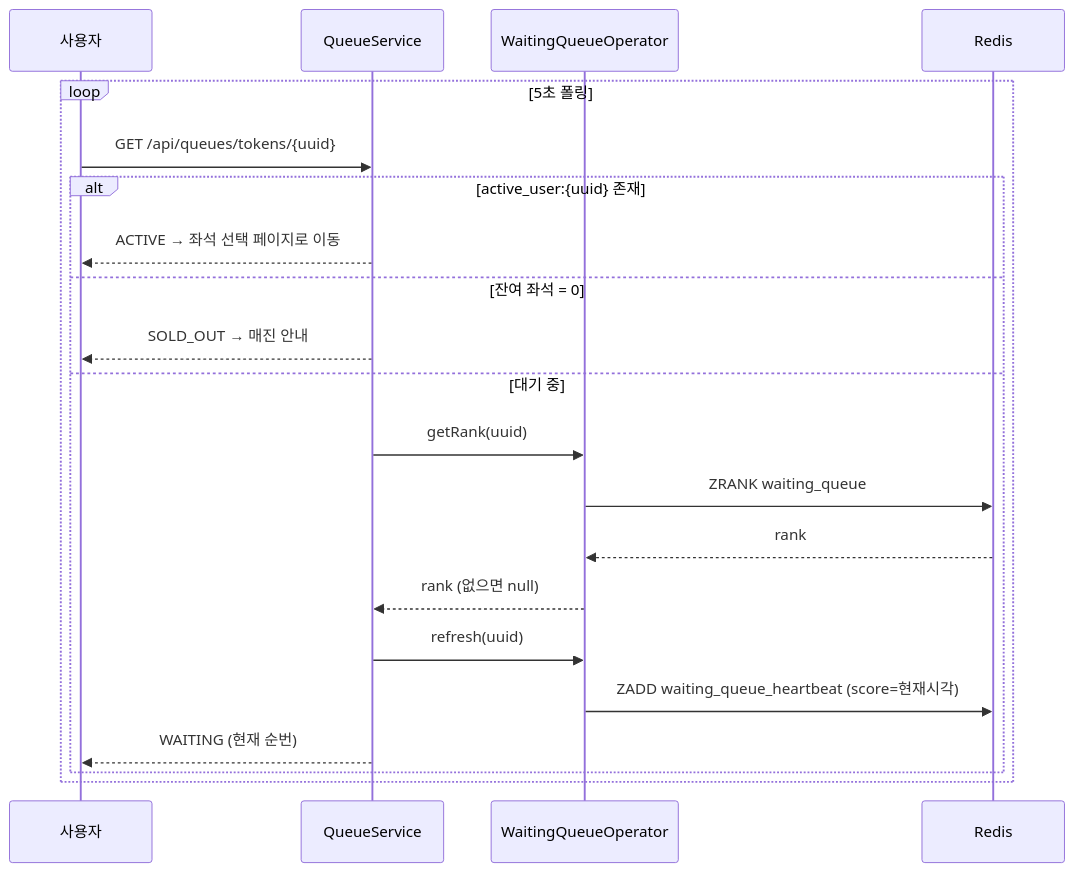
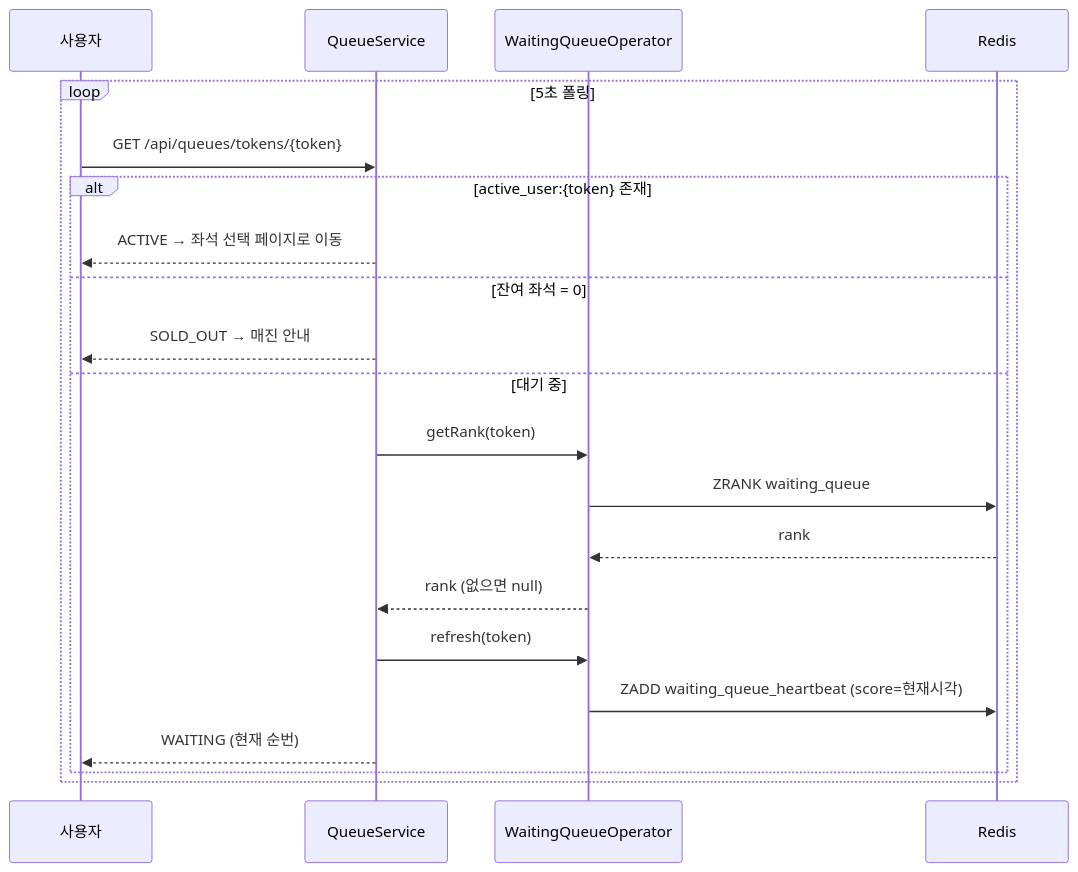
The third of 8 diagrams in README.md (irnd04/zticket), drawn with Mermaid before and after one commit. The commit also changed other lines of this file and 6 other files, not shown here.

First line of the commit message:
refactor: 전체 코드베이스에서 uuid→token/ticketId 리네이밍

````diff
--- a/README.md
+++ b/README.md
@@ -105,24 +105,24 @@
 ```mermaid
 sequenceDiagram
     participant U as 사용자
     participant Q as QueueService
     participant O as WaitingQueueOperator
     participant R as Redis
 
     loop 5초 폴링
-        U->>Q: GET /api/queues/tokens/{uuid}
-        alt active_user:{uuid} 존재
+        U->>Q: GET /api/queues/tokens/{token}
+        alt active_user:{token} 존재
             Q-->>U: ACTIVE → 좌석 선택 페이지로 이동
         else 잔여 좌석 = 0
             Q-->>U: SOLD_OUT → 매진 안내
         else 대기 중
-            Q->>O: getRank(uuid)
+            Q->>O: getRank(token)
             O->>R: ZRANK waiting_queue
             R-->>O: rank
             O-->>Q: rank (없으면 null)
-            Q->>O: refresh(uuid)
+            Q->>O: refresh(token)
             O->>R: ZADD waiting_queue_heartbeat (score=현재시각)
             Q-->>U: WAITING (현재 순번)
         end
     end
 ```
````
